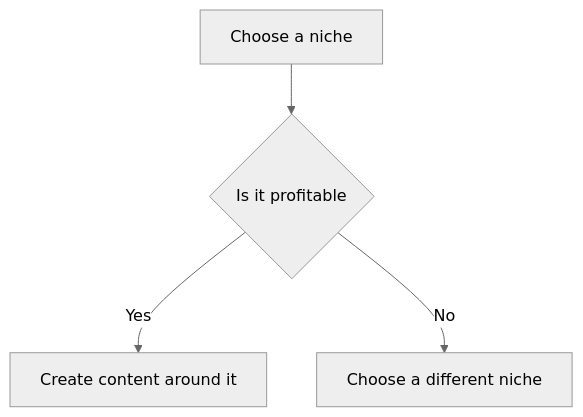
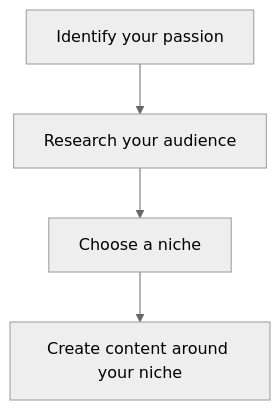
One commit to rajustambe/creatorkhata-blog changed the first of 3 diagrams in src/content/posts/how-to-grow-youtube-channel-from-zero-india.md. Above: the diagram before and after it, drawn with Mermaid (neutral theme). The commit also changed other lines of this file, not shown here.

````diff
--- a/src/content/posts/how-to-grow-youtube-channel-from-zero-india.md
+++ b/src/content/posts/how-to-grow-youtube-channel-from-zero-india.md
@@ -42,6 +29,6 @@
 ```mermaid
 flowchart TD
-  A[Choose a niche] --> B{Is it profitable}
-  B -->|Yes| C[Create content around it]
-  B -->|No| D[Choose a different niche]
+  A[Identify your passion] --> B[Research your audience]
+  B --> C[Choose a niche]
+  C --> D[Create content around your niche]
 ```
````
